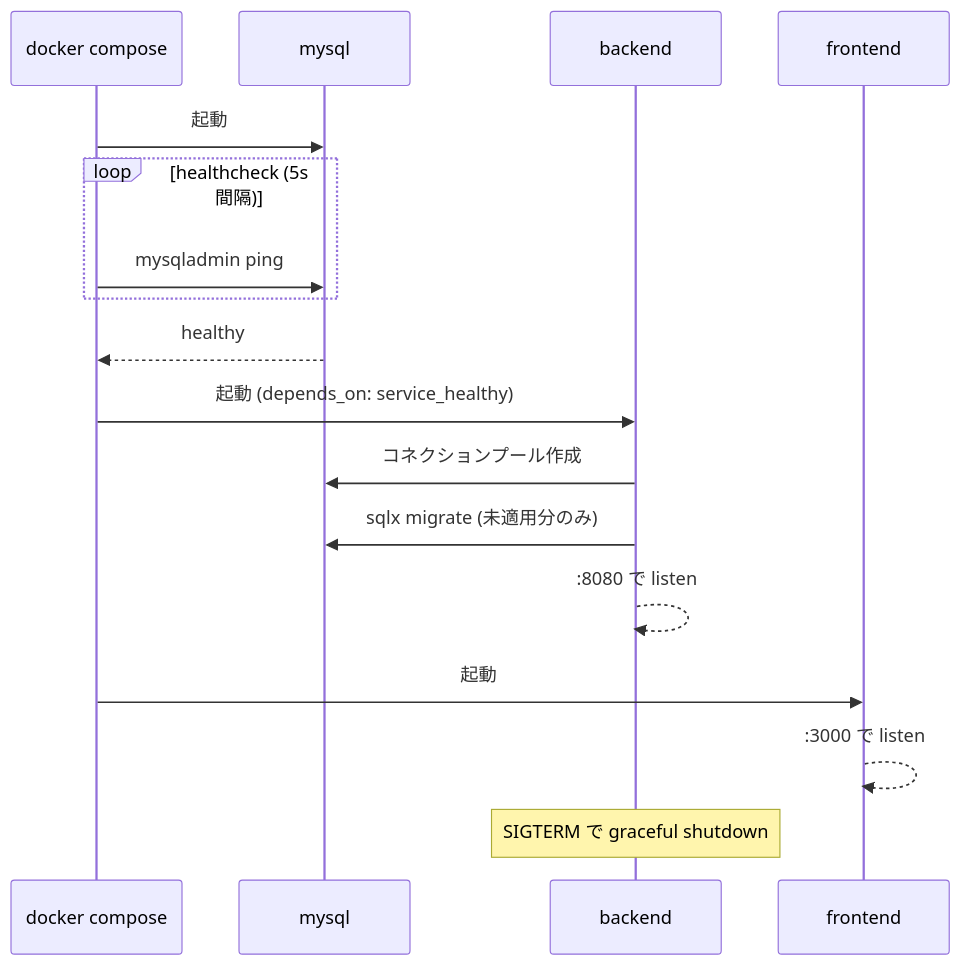
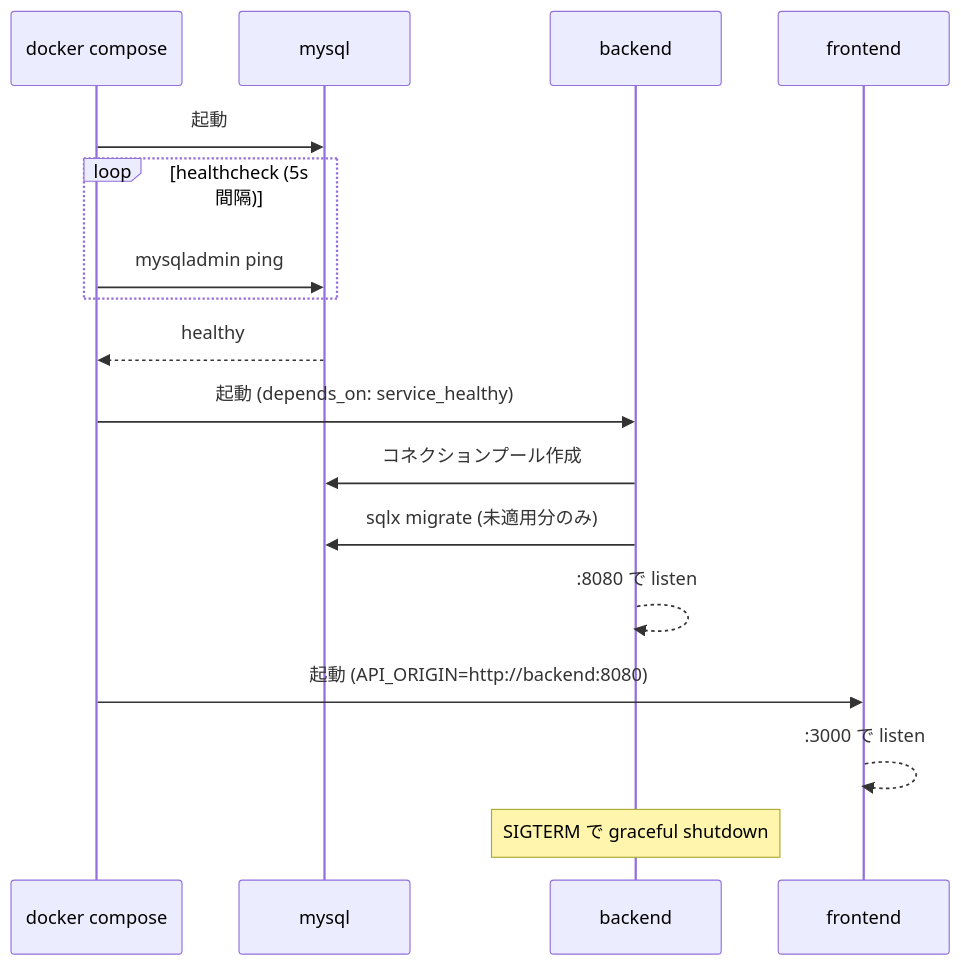
Before and after one commit to ktaishi/rust-next-voiler: the sixth of 15 diagrams in README.md, drawn with Mermaid. The commit also changed other lines of this file and 53 other files, not shown here.

````diff
--- a/README.md
+++ b/README.md
@@ -203,20 +252,20 @@
 ```mermaid
 sequenceDiagram
     participant C as docker compose
     participant DB as mysql
     participant BE as backend
     participant FE as frontend
 
     C->>DB: 起動
     loop healthcheck (5s 間隔)
         C->>DB: mysqladmin ping
     end
     DB-->>C: healthy
     C->>BE: 起動 (depends_on: service_healthy)
     BE->>DB: コネクションプール作成
     BE->>DB: sqlx migrate (未適用分のみ)
     BE-->>BE: :8080 で listen
-    C->>FE: 起動
+    C->>FE: 起動 (API_ORIGIN=http://backend:8080)
     FE-->>FE: :3000 で listen
     Note over BE: SIGTERM で graceful shutdown
 ```
````
